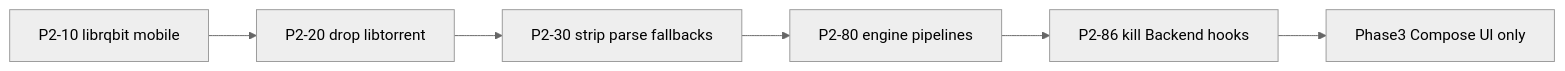
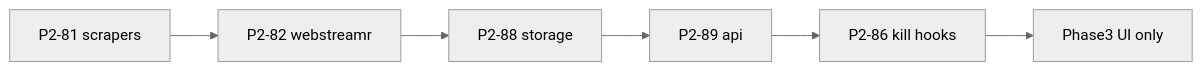
Before and after one commit to mGhassen/Forja: the diagram in docs/migration/02-rust-engine-complete.md, drawn with Mermaid (neutral theme). The commit also changed other lines of this file and 22 other files, not shown here.

Commit message:
feat: Implement torrent search and filtering functionality in Rust engine; update Dart interfaces to utilize new FFI methods for enhanced integration and remove legacy Dart backend hooks

````diff
--- a/docs/migration/02-rust-engine-complete.md
+++ b/docs/migration/02-rust-engine-complete.md
@@ -201,11 +143,11 @@
 ```mermaid
 flowchart LR
-  P2_10["P2-10 librqbit mobile"]
-  P2_20["P2-20 drop libtorrent"]
-  P2_30["P2-30 strip parse fallbacks"]
-  P2_80["P2-80 engine pipelines"]
-  P2_86["P2-86 kill Backend hooks"]
-  P3["Phase3 Compose UI only"]
+  P2_81["P2-81 scrapers"]
+  P2_82["P2-82 webstreamr"]
+  P2_88["P2-88 storage"]
+  P2_89["P2-89 api"]
+  P2_86["P2-86 kill hooks"]
+  P3["Phase3 UI only"]
 
-  P2_10 --> P2_20 --> P2_30 --> P2_80 --> P2_86 --> P3
+  P2_81 --> P2_82 --> P2_88 --> P2_89 --> P2_86 --> P3
 ```
````
